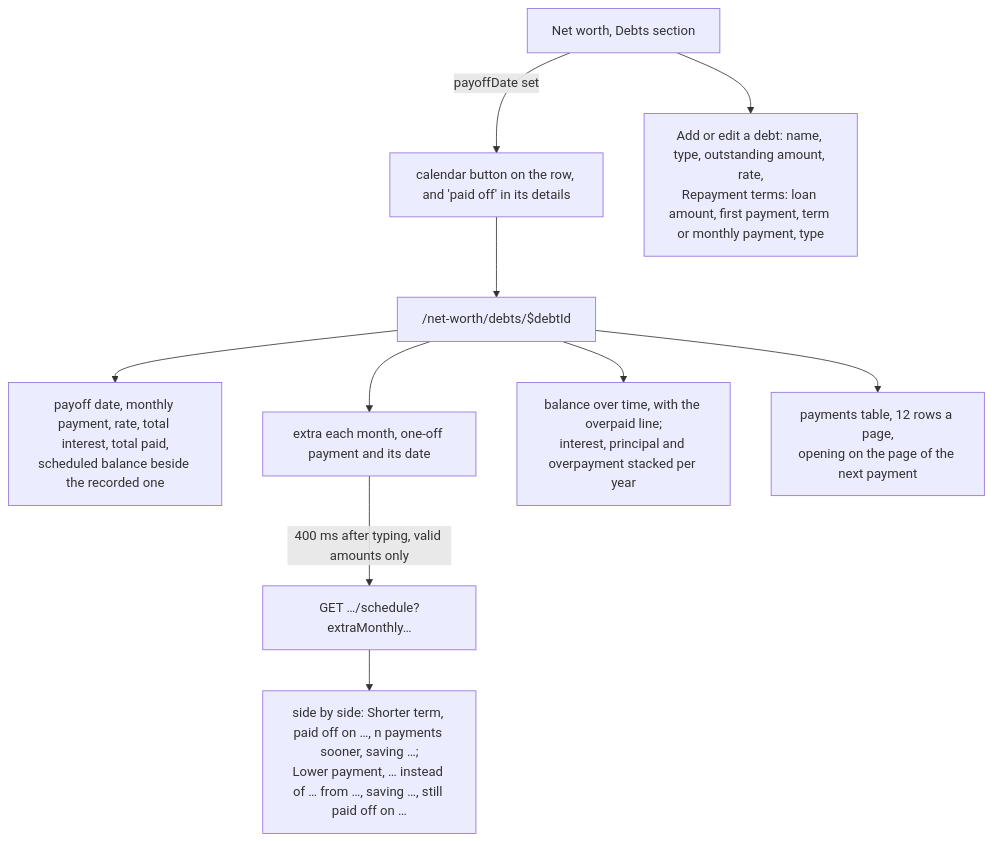
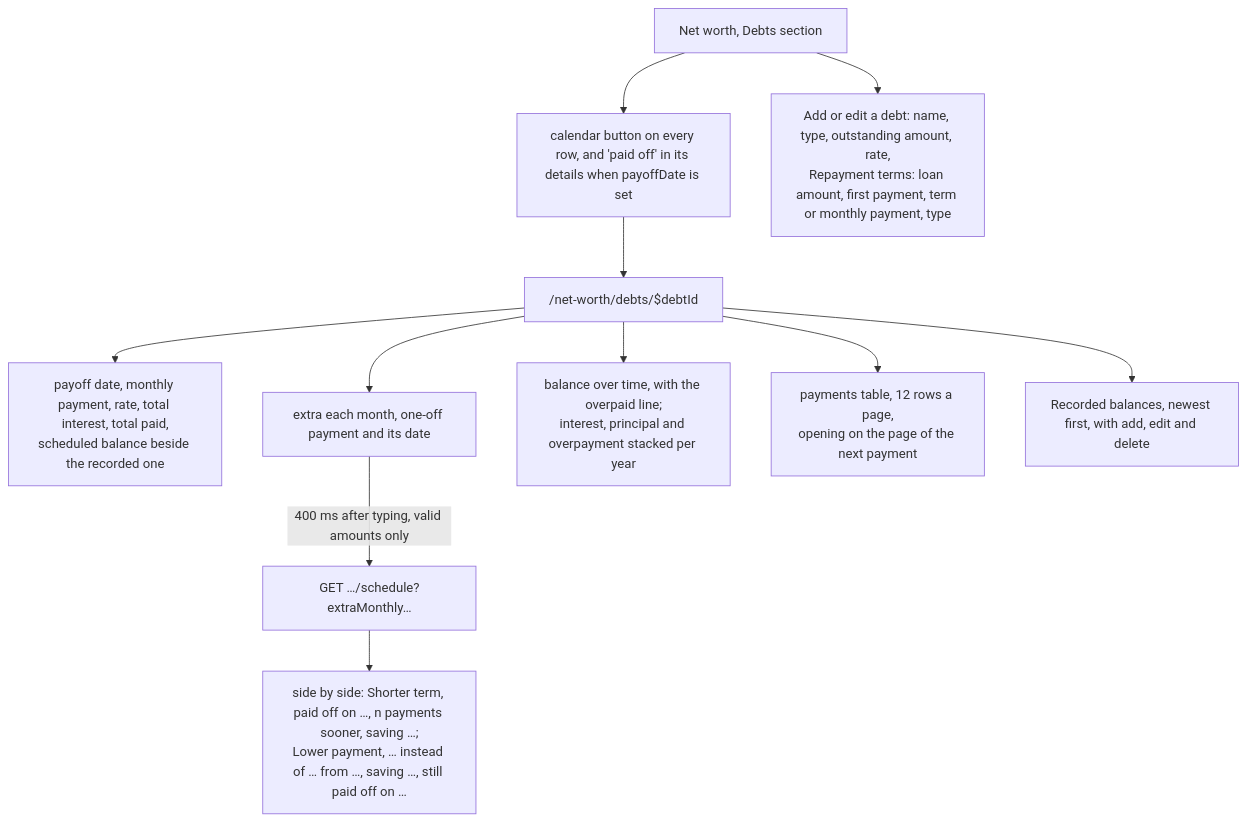
The fifth of 6 diagrams in docs/features/debt-amortization.md (Justxs/Jx-Finance), drawn with Mermaid before and after one commit. The commit also changed other lines of this file and 70 other files, not shown here.

Commit message:
feat(net-worth): keep a history of a debt's recorded balance and start the journal from it

````diff
--- a/docs/features/debt-amortization.md
+++ b/docs/features/debt-amortization.md
@@ -160,12 +160,13 @@
 ```mermaid
 flowchart TD
-    List["Net worth, Debts section"] -->|"payoffDate set"| Link["calendar button on the row, and 'paid off' in its details"]
+    List["Net worth, Debts section"] --> Link["calendar button on every row, and 'paid off' in its details when payoffDate is set"]
     List --> Form["Add or edit a debt: name, type, outstanding amount, rate,<br/>Repayment terms: loan amount, first payment, term or monthly payment, type"]
     Link --> Page["/net-worth/debts/$debtId"]
     Page --> Summary["payoff date, monthly payment, rate, total interest, total paid,<br/>scheduled balance beside the recorded one"]
     Page --> Extra["extra each month, one-off payment and its date"]
     Extra -->|"400 ms after typing, valid amounts only"| Query["GET …/schedule?extraMonthly…"]
     Query --> Savings["side by side: Shorter term, paid off on …, n payments sooner, saving …;<br/>Lower payment, … instead of … from …, saving …, still paid off on …"]
     Page --> Charts["balance over time, with the overpaid line;<br/>interest, principal and overpayment stacked per year"]
     Page --> Table["payments table, 12 rows a page,<br/>opening on the page of the next payment"]
+    Page --> Balances["Recorded balances, newest first, with add, edit and delete"]
 ```
````
